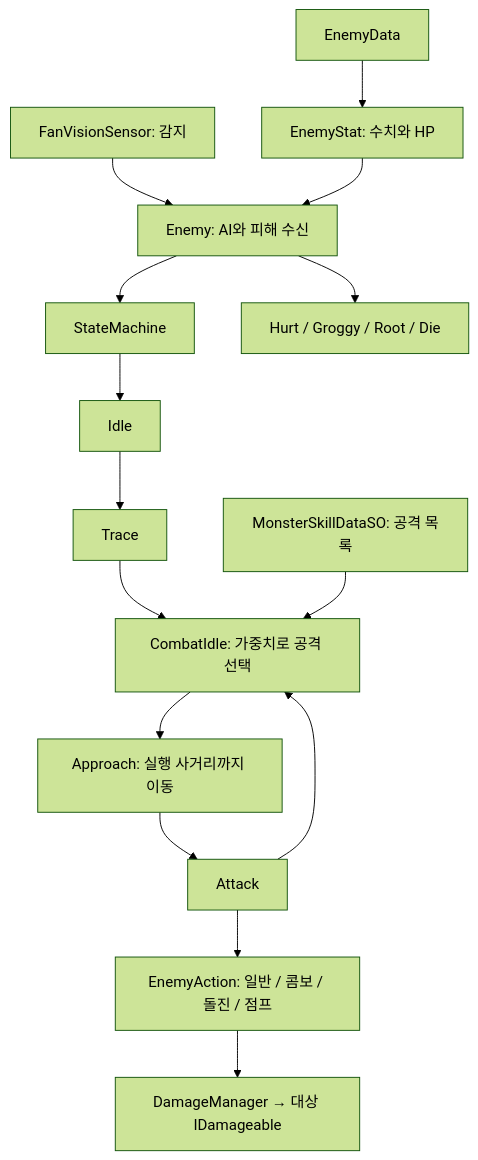
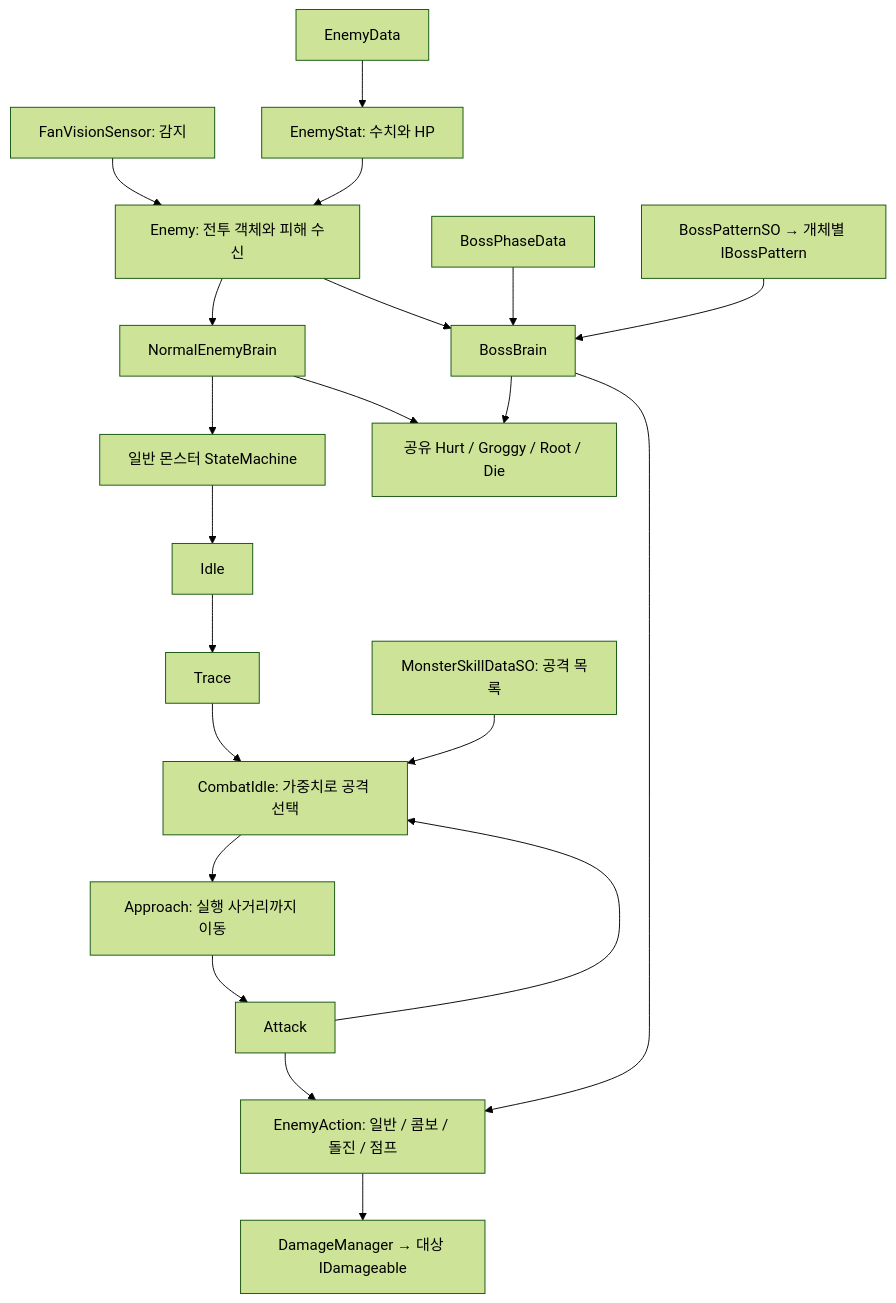
The diagram in Four-Tiger-Sword/Docs/몬스터_구조_점검.md (lala11112/Four-Tiger-Sword), drawn with Mermaid (forest theme) before and after one commit. The commit also changed other lines of this file and 12624 other files, not shown here.

````diff
--- a/Four-Tiger-Sword/Docs/몬스터_구조_점검.md
+++ b/Four-Tiger-Sword/Docs/몬스터_구조_점검.md
@@ -7,17 +7,23 @@
 ```mermaid
 flowchart TD
-    Sensor[FanVisionSensor: 감지] --> Enemy[Enemy: AI와 피해 수신]
+    Sensor[FanVisionSensor: 감지] --> Enemy[Enemy: 전투 객체와 피해 수신]
     Data[EnemyData] --> Stats[EnemyStat: 수치와 HP]
     Stats --> Enemy
-    Enemy --> FSM[StateMachine]
+    Enemy --> Normal[NormalEnemyBrain]
+    Enemy --> BossBrain[BossBrain]
+    Normal --> FSM[일반 몬스터 StateMachine]
     FSM --> Idle[Idle]
     Idle --> Trace[Trace]
     Trace --> CombatIdle[CombatIdle: 가중치로 공격 선택]
     CombatIdle --> Approach[Approach: 실행 사거리까지 이동]
     Approach --> Attack[Attack]
     Attack --> CombatIdle
     Skills[MonsterSkillDataSO: 공격 목록] --> CombatIdle
     Attack --> Action[EnemyAction: 일반 / 콤보 / 돌진 / 점프]
     Action --> Damage[DamageManager → 대상 IDamageable]
-    Enemy --> CC[Hurt / Groggy / Root / Die]
+    Normal --> CC[공유 Hurt / Groggy / Root / Die]
+    BossBrain --> CC
+    Phase[BossPhaseData] --> BossBrain
+    Pattern[BossPatternSO → 개체별 IBossPattern] --> BossBrain
+    BossBrain --> Action
 ```
````
